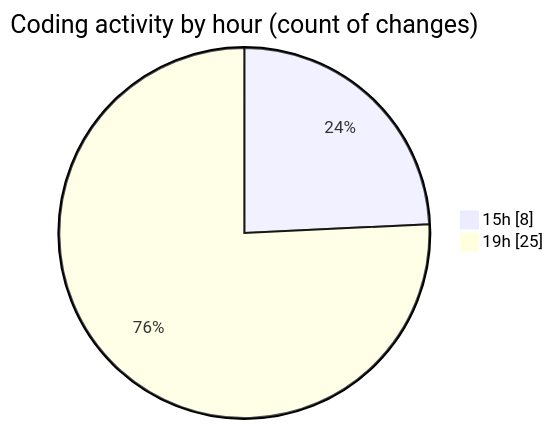
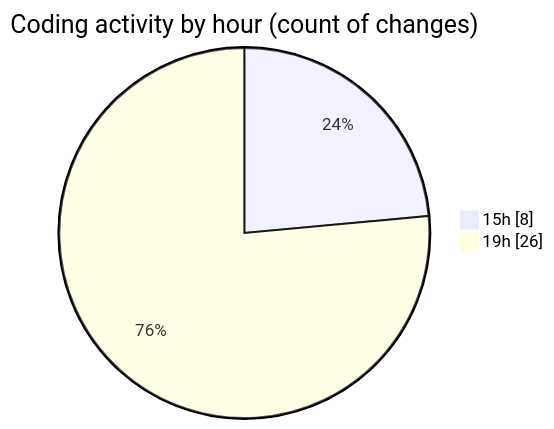
One commit to Ritupan-Deka/code-tracking changed the second of 2 diagrams in 2025-01-26/search/README.md. Above: the diagram before and after it, drawn with Mermaid. The commit also changed other lines of this file and 1 other file, not shown here.

````diff
--- a/2025-01-26/search/README.md
+++ b/2025-01-26/search/README.md
@@ -31,6 +31,6 @@
 ```mermaid
 pie showData
 title Coding activity by hour (count of changes)
 "15h" : 8
-"19h" : 25
+"19h" : 26
 ```
````
